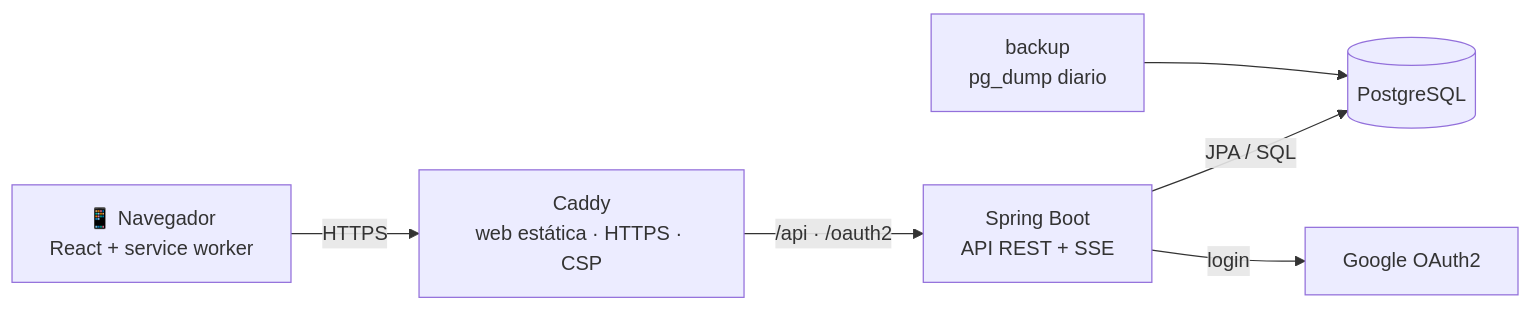
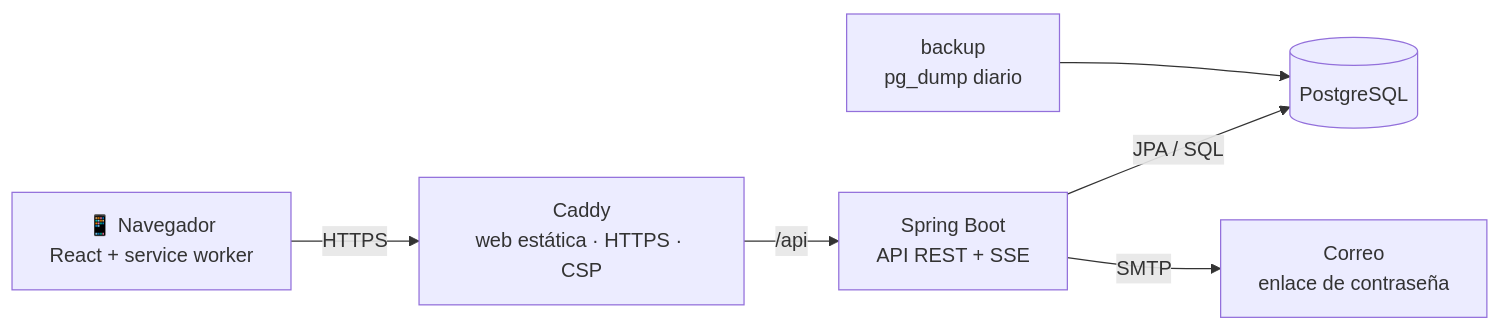
Before and after one commit to EloyRomero19/supermercado-app: the diagram in README.md, drawn with Mermaid. The commit also changed other lines of this file and 57 other files, not shown here.

First line of the commit message:
Quitar login con Google, recuperar contraseña por email y arranque rápido en Vercel

````diff
--- a/README.md
+++ b/README.md
@@ -130,8 +132,8 @@
 ```mermaid
 flowchart LR
   U["📱 Navegador<br/>React + service worker"] -- "HTTPS" --> C["Caddy<br/>web estática · HTTPS · CSP"]
-  C -- "/api · /oauth2" --> B["Spring Boot<br/>API REST + SSE"]
+  C -- "/api" --> B["Spring Boot<br/>API REST + SSE"]
   B -- "JPA / SQL" --> D[("PostgreSQL")]
-  B -- "login" --> G["Google OAuth2"]
+  B -- "SMTP" --> M["Correo<br/>enlace de contraseña"]
   K["backup<br/>pg_dump diario"] --> D
 ```
````
